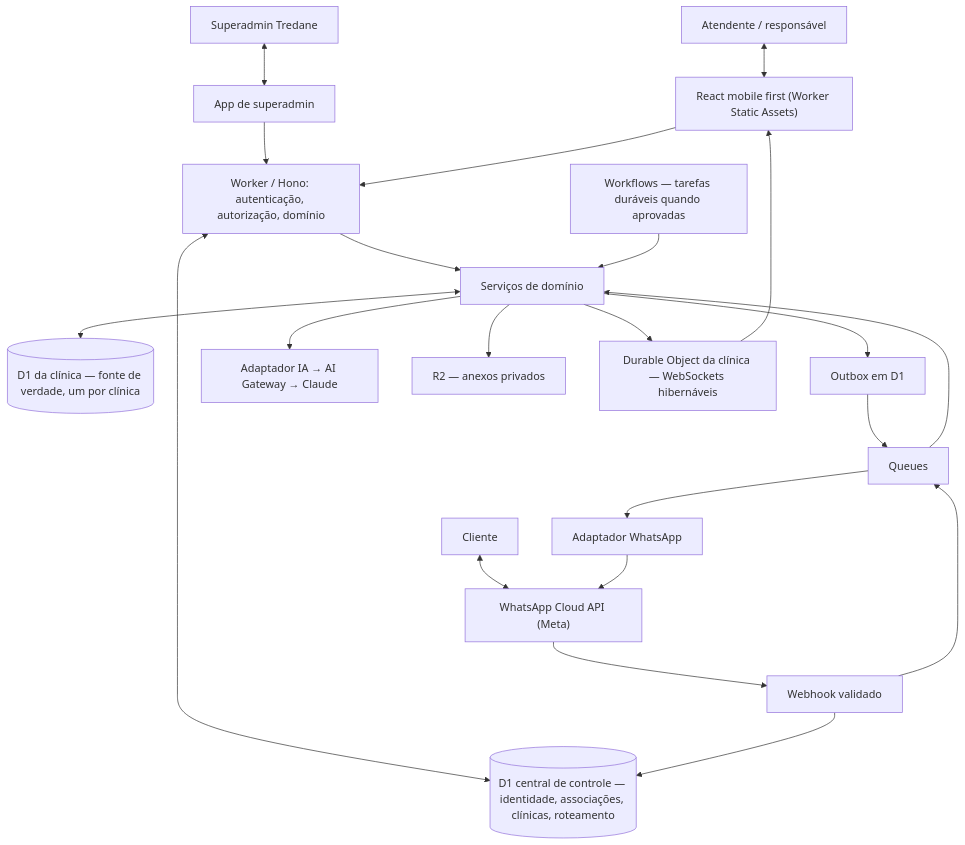
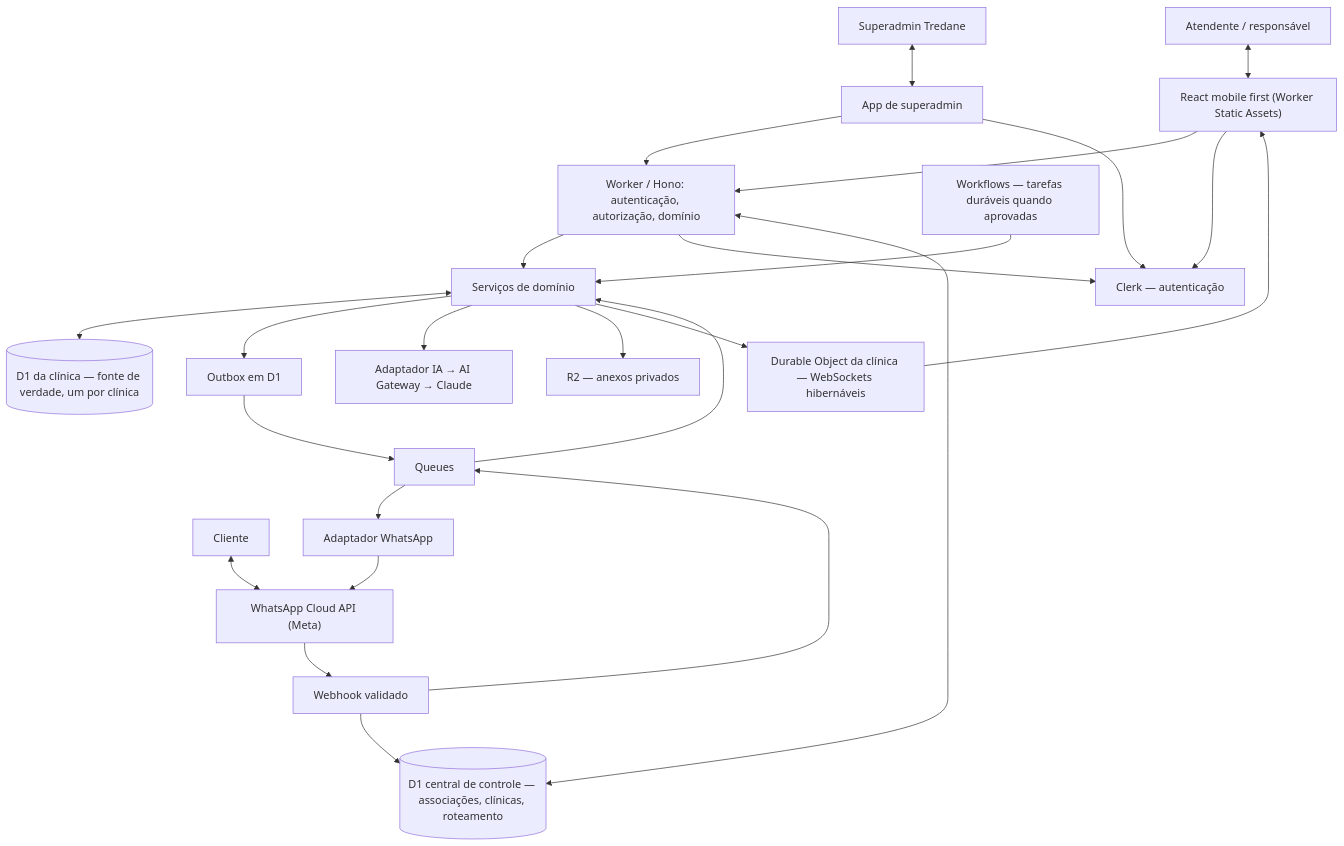
One commit to intentzero/tredane changed the diagram in docs/architecture/overview.md. Above: the diagram before and after it, drawn with Mermaid. The commit also changed other lines of this file and 13 other files, not shown here.

````diff
--- a/docs/architecture/overview.md
+++ b/docs/architecture/overview.md
@@ -11,24 +11,27 @@
 ```mermaid
 flowchart TD
   Human["Atendente / responsável"] <--> UI["React mobile first (Worker Static Assets)"]
   Ops["Superadmin Tredane"] <--> SA["App de superadmin"]
   SA --> API
   Customer["Cliente"] <--> Meta["WhatsApp Cloud API (Meta)"]
   UI --> API["Worker / Hono: autenticação, autorização, domínio"]
   Meta --> Hooks["Webhook validado"]
   Hooks --> Queue["Queues"]
   Queue --> Domain["Serviços de domínio"]
   API --> Domain
-  API <--> CP[("D1 central de controle — identidade, associações, clínicas, roteamento")]
+  UI --> Clerk["Clerk — autenticação"]
+  SA --> Clerk
+  API --> Clerk
+  API <--> CP[("D1 central de controle — associações, clínicas, roteamento")]
   Hooks --> CP
   Domain <--> DB[("D1 da clínica — fonte de verdade, um por clínica")]
   Domain --> Outbox["Outbox em D1"]
   Outbox --> Queue
   Queue --> Sender["Adaptador WhatsApp"]
   Sender --> Meta
   Domain --> AI["Adaptador IA → AI Gateway → Claude"]
   Domain --> R2["R2 — anexos privados"]
   Domain --> DO["Durable Object da clínica — WebSockets hibernáveis"]
   DO --> UI
   Work["Workflows — tarefas duráveis quando aprovadas"] --> Domain
 ```
````
